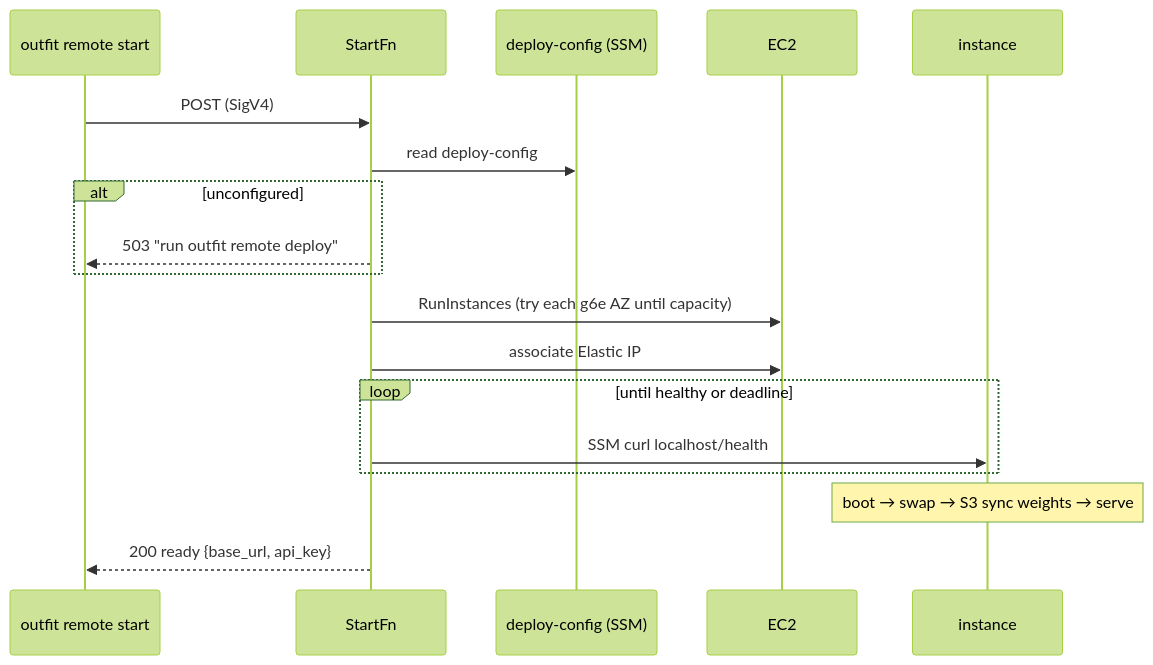
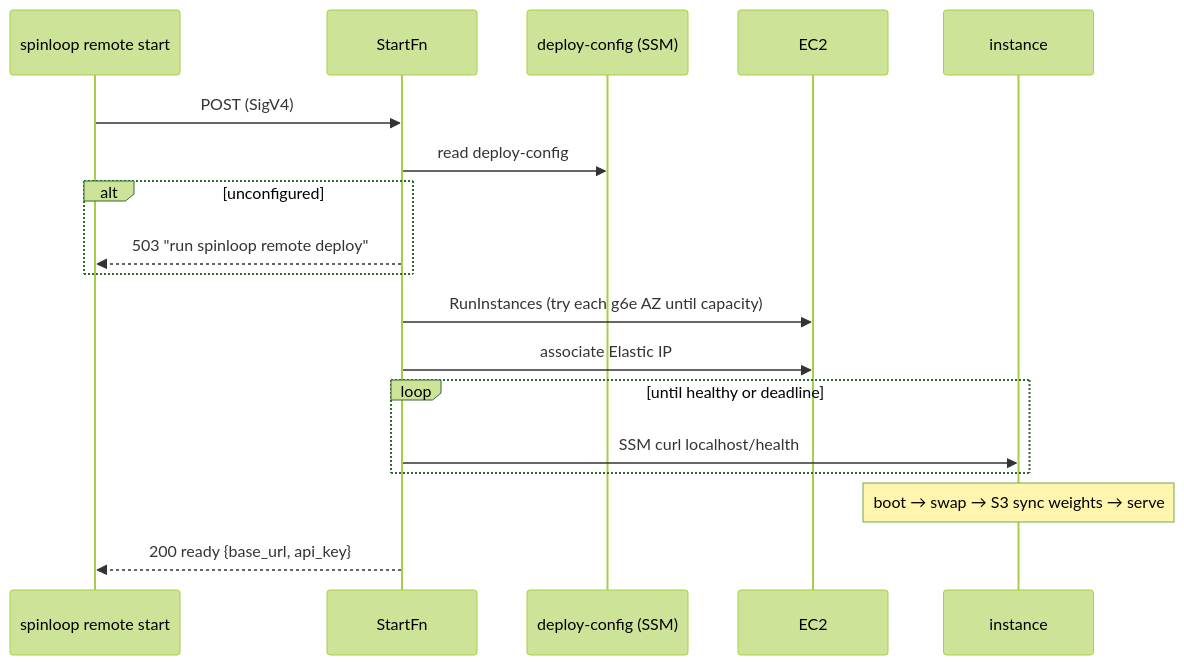
The fourth of 5 diagrams in remote/docs/architecture.md (spinloop-ai/spinloop), drawn with Mermaid (forest theme) before and after one commit. The commit also changed other lines of this file and 649 other files, not shown here.

````diff
--- a/remote/docs/architecture.md
+++ b/remote/docs/architecture.md
@@ -187,20 +187,20 @@
 ```mermaid
 sequenceDiagram
-  participant O as outfit remote start
+  participant O as spinloop remote start
   participant S as StartFn
   participant P as deploy-config (SSM)
   participant E as EC2
   participant I as instance
   O->>S: POST (SigV4)
   S->>P: read deploy-config
   alt unconfigured
-    S-->>O: 503 "run outfit remote deploy"
+    S-->>O: 503 "run spinloop remote deploy"
   end
   S->>E: RunInstances (try each g6e AZ until capacity)
   S->>E: associate Elastic IP
   loop until healthy or deadline
     S->>I: SSM curl localhost/health
   end
   Note over I: boot → swap → S3 sync weights → serve
   S-->>O: 200 ready {base_url, api_key}
 ```
````
